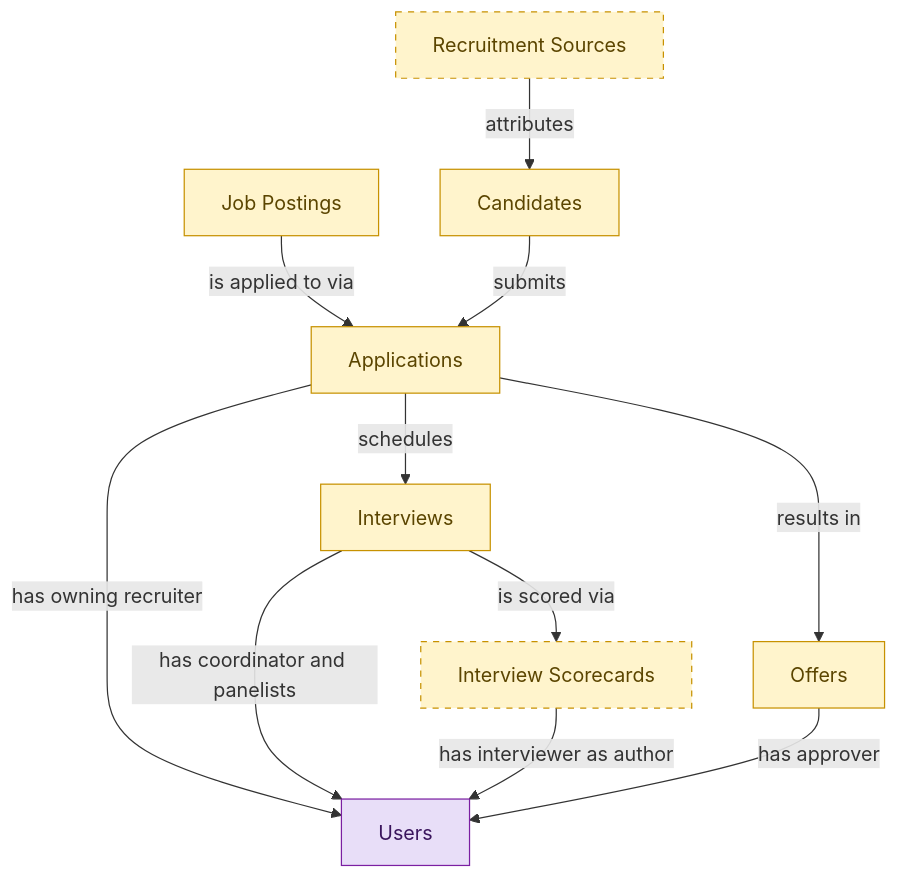
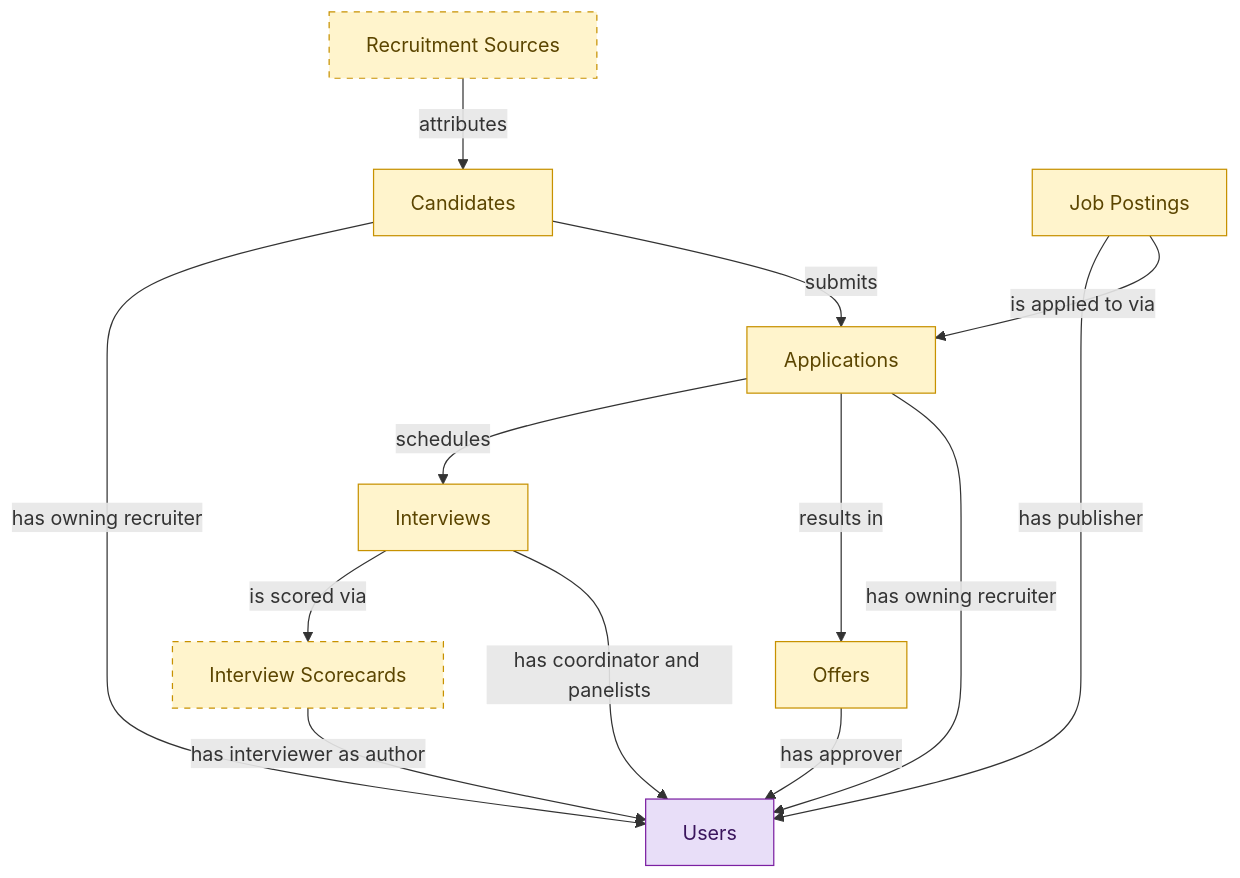
The diagram in blueprints/hiring-starter-semantic-blueprint.md (semantius/semantius), drawn with Mermaid before and after one commit. The commit also changed other lines of this file and 255 other files, not shown here.

````diff
--- a/blueprints/hiring-starter-semantic-blueprint.md
+++ b/blueprints/hiring-starter-semantic-blueprint.md
@@ -33,33 +37,35 @@
 ```mermaid
 flowchart TD
   classDef embedded_master fill:#fff4cc,stroke:#c79100,color:#5b4500;
   classDef consumer fill:#e8def8,stroke:#7b1fa2,color:#3a155d;
   candidates["Candidates"]
   job_postings["Job Postings"]
   job_applications["Applications"]
   interviews["Interviews"]
   interview_scorecards["Interview Scorecards"]
   job_offers["Offers"]
   recruitment_sources["Recruitment Sources"]
   users["Users"]
+  candidates -->|"has owning recruiter"| users
+  job_postings -->|"has publisher"| users
   job_postings -->|"is applied to via"| job_applications
   candidates -->|"submits"| job_applications
   recruitment_sources -->|"attributes"| candidates
   job_applications -->|"schedules"| interviews
   interviews -->|"is scored via"| interview_scorecards
   job_applications -->|"results in"| job_offers
   job_applications -->|"has owning recruiter"| users
   interviews -->|"has coordinator and panelists"| users
   interview_scorecards -->|"has interviewer as author"| users
   job_offers -->|"has approver"| users
   class candidates embedded_master;
   class job_postings embedded_master;
   class job_applications embedded_master;
   class interviews embedded_master;
   class interview_scorecards embedded_master;
   class job_offers embedded_master;
   class recruitment_sources embedded_master;
   class users consumer;
   style interview_scorecards stroke-dasharray:5 5;
   style recruitment_sources stroke-dasharray:5 5;
 ```
````
